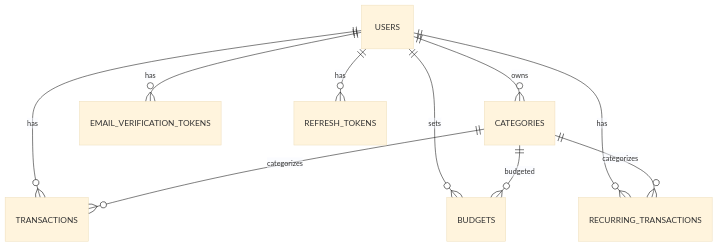
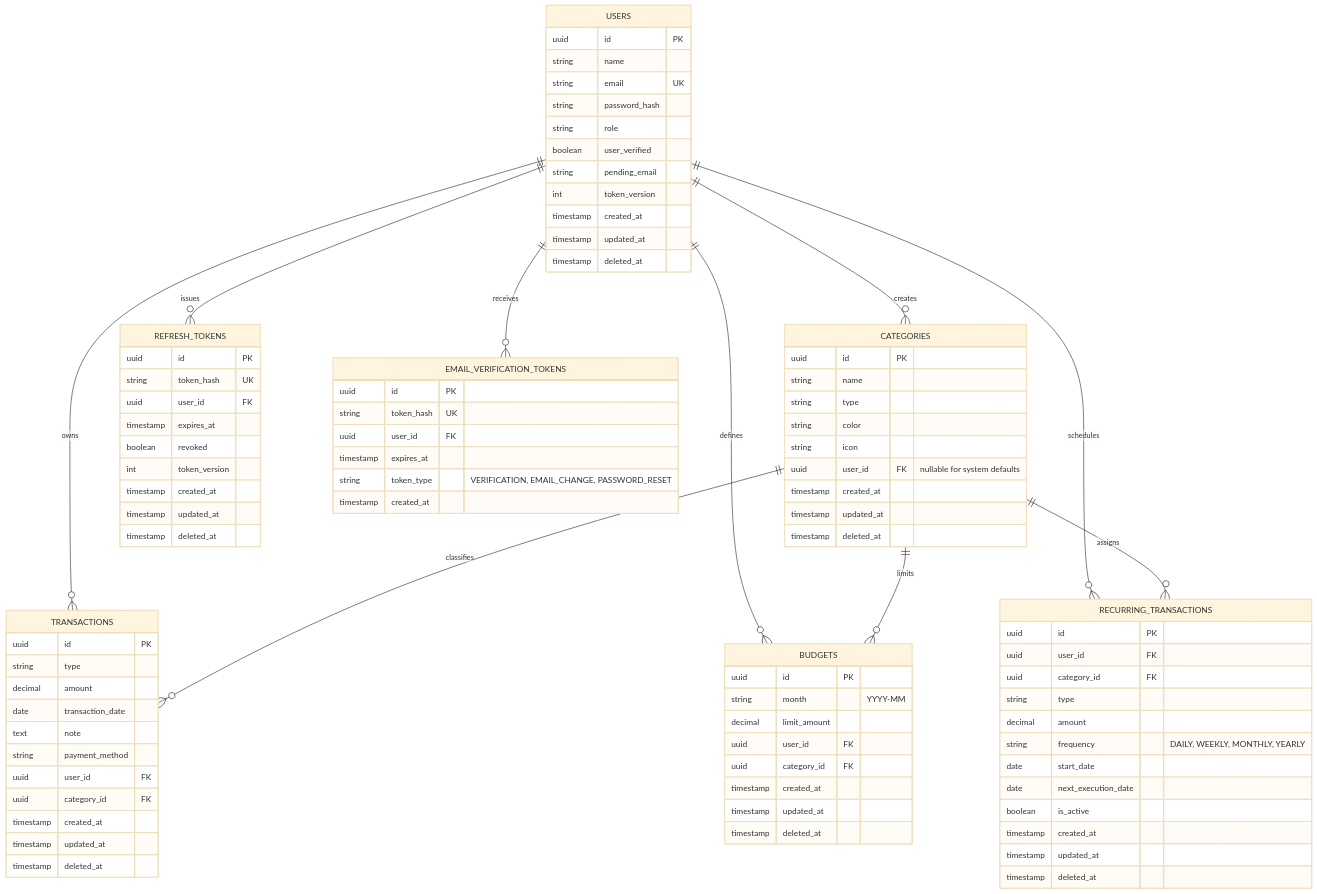
The second of 2 diagrams in README.md (Abdalla312/The-Big-Brother-App), drawn with Mermaid (base theme) before and after one commit. The commit also changed other lines of this file and 12 other files, not shown here.

````diff
--- a/README.md
+++ b/README.md
@@ -365,12 +131,100 @@
 ```mermaid
 erDiagram
-    USERS ||--o{ CATEGORIES : "owns"
-    USERS ||--o{ TRANSACTIONS : "has"
-    USERS ||--o{ BUDGETS : "sets"
-    USERS ||--o{ EMAIL_VERIFICATION_TOKENS : "has"
-    USERS ||--o{ REFRESH_TOKENS : "has"
-    USERS ||--o{ RECURRING_TRANSACTIONS : "has"
-    CATEGORIES ||--o{ TRANSACTIONS : "categorizes"
-    CATEGORIES ||--o{ BUDGETS : "budgeted"
-    CATEGORIES ||--o{ RECURRING_TRANSACTIONS : "categorizes"
+    USERS ||--o{ CATEGORIES : "creates"
+    USERS ||--o{ TRANSACTIONS : "owns"
+    USERS ||--o{ BUDGETS : "defines"
+    USERS ||--o{ RECURRING_TRANSACTIONS : "schedules"
+    USERS ||--o{ REFRESH_TOKENS : "issues"
+    USERS ||--o{ EMAIL_VERIFICATION_TOKENS : "receives"
+
+    CATEGORIES ||--o{ TRANSACTIONS : "classifies"
+    CATEGORIES ||--o{ BUDGETS : "limits"
+    CATEGORIES ||--o{ RECURRING_TRANSACTIONS : "assigns"
+
+    USERS {
+        uuid id PK
+        string name
+        string email UK
+        string password_hash
+        string role
+        boolean user_verified
+        string pending_email
+        int token_version
+        timestamp created_at
+        timestamp updated_at
+        timestamp deleted_at
+    }
+
+    CATEGORIES {
+        uuid id PK
+        string name
+        string type
+        string color
+        string icon
+        uuid user_id FK "nullable for system defaults"
+        timestamp created_at
+        timestamp updated_at
+        timestamp deleted_at
+    }
+
+    TRANSACTIONS {
+        uuid id PK
+        string type
+        decimal amount
+        date transaction_date
+        text note
+        string payment_method
+        uuid user_id FK
+        uuid category_id FK
+        timestamp created_at
+        timestamp updated_at
+        timestamp deleted_at
+    }
+
+    BUDGETS {
+        uuid id PK
+        string month "YYYY-MM"
+        decimal limit_amount
+        uuid user_id FK
+        uuid category_id FK
+        timestamp created_at
+        timestamp updated_at
+        timestamp deleted_at
+    }
+
+    RECURRING_TRANSACTIONS {
+        uuid id PK
+        uuid user_id FK
+        uuid category_id FK
+        string type
+        decimal amount
+        string frequency "DAILY, WEEKLY, MONTHLY, YEARLY"
+        date start_date
+        date next_execution_date
+        boolean is_active
+        timestamp created_at
+        timestamp updated_at
+        timestamp deleted_at
+    }
+
+    REFRESH_TOKENS {
+        uuid id PK
+        string token_hash UK
+        uuid user_id FK
+        timestamp expires_at
+        boolean revoked
+        int token_version
+        timestamp created_at
+        timestamp updated_at
+        timestamp deleted_at
+    }
+
+    EMAIL_VERIFICATION_TOKENS {
+        uuid id PK
+        string token_hash UK
+        uuid user_id FK
+        timestamp expires_at
+        string token_type "VERIFICATION, EMAIL_CHANGE, PASSWORD_RESET"
+        timestamp created_at
+    }
 ```
````
